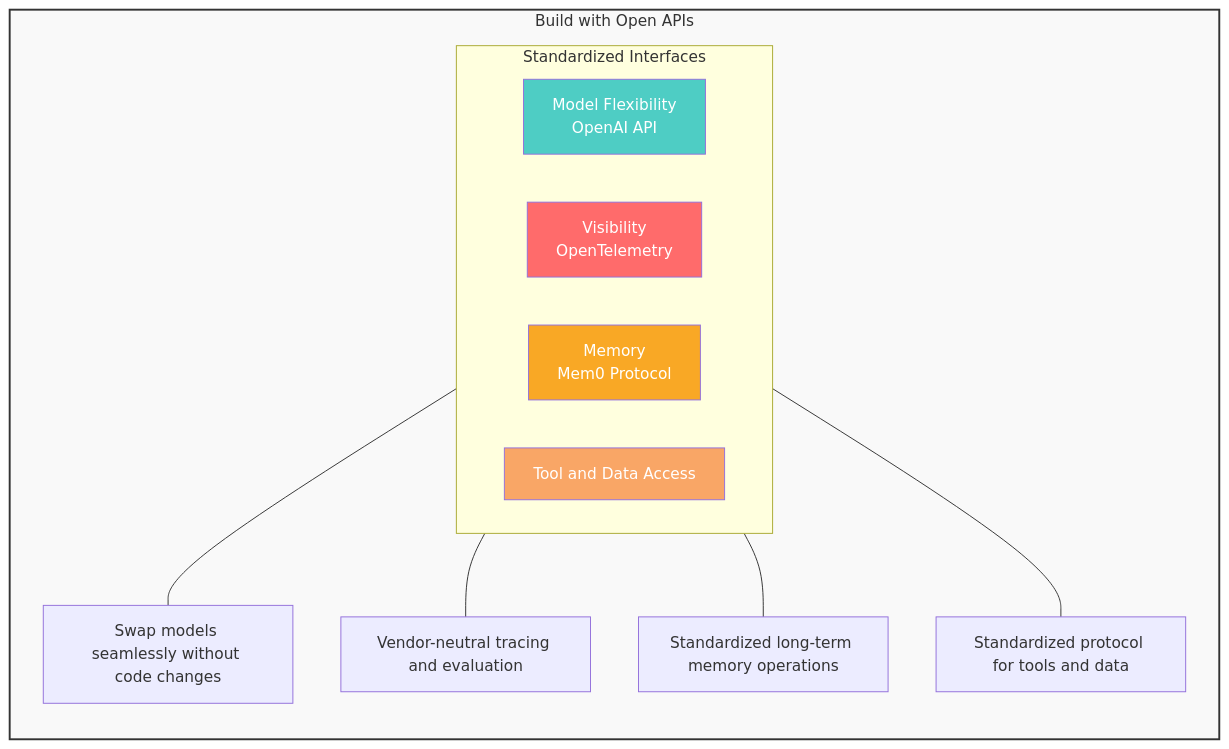
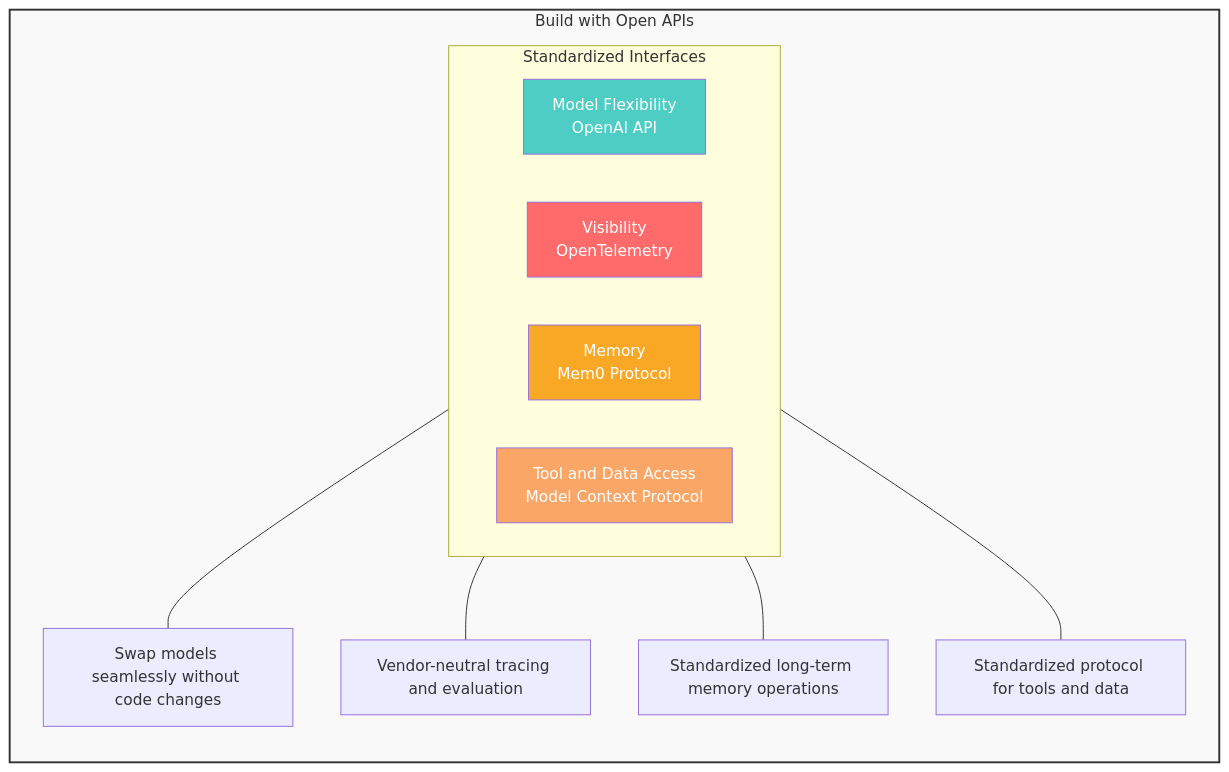
The first of 3 diagrams in README.md (masoodfaisal/agentic-app-starter-kit), drawn with Mermaid before and after one commit.

Commit message:
Enhance MCP entry in README with additional context
Updated MCP description to include 'Model Context Protocol'.

````diff
--- a/README.md
+++ b/README.md
@@ -26,26 +26,26 @@
 ```mermaid
 flowchart TD
     subgraph APIs [Build with Open APIs]
         direction TB
         
         subgraph Pillars [Standardized Interfaces]
             direction LR
             Model[Model Flexibility<br/>OpenAI API]
             Vis[Visibility<br/>OpenTelemetry]
             Mem[Memory<br/>Mem0 Protocol]
-            MCP[Tool and Data Access]
+            MCP[Tool and Data Access<br/>Model Context Protocol]
 
         end
         
         Model --- ModelDesc[Swap models seamlessly without code changes]
         Vis --- VisDesc[Vendor-neutral tracing and evaluation]
         Mem --- MemDesc[Standardized long-term memory operations]
         MCP --- MCPDesc[Standardized protocol for tools and data]
     end
 
     style Model fill:#4ecdc4,color:#fff
     style Vis fill:#ff6b6b,color:#fff
     style Mem fill:#f9a825,color:#fff
     style MCP fill:#f9a666,color:#fff
     style APIs fill:#f9f9f9,stroke:#333,stroke-width:2px
 ```
````
